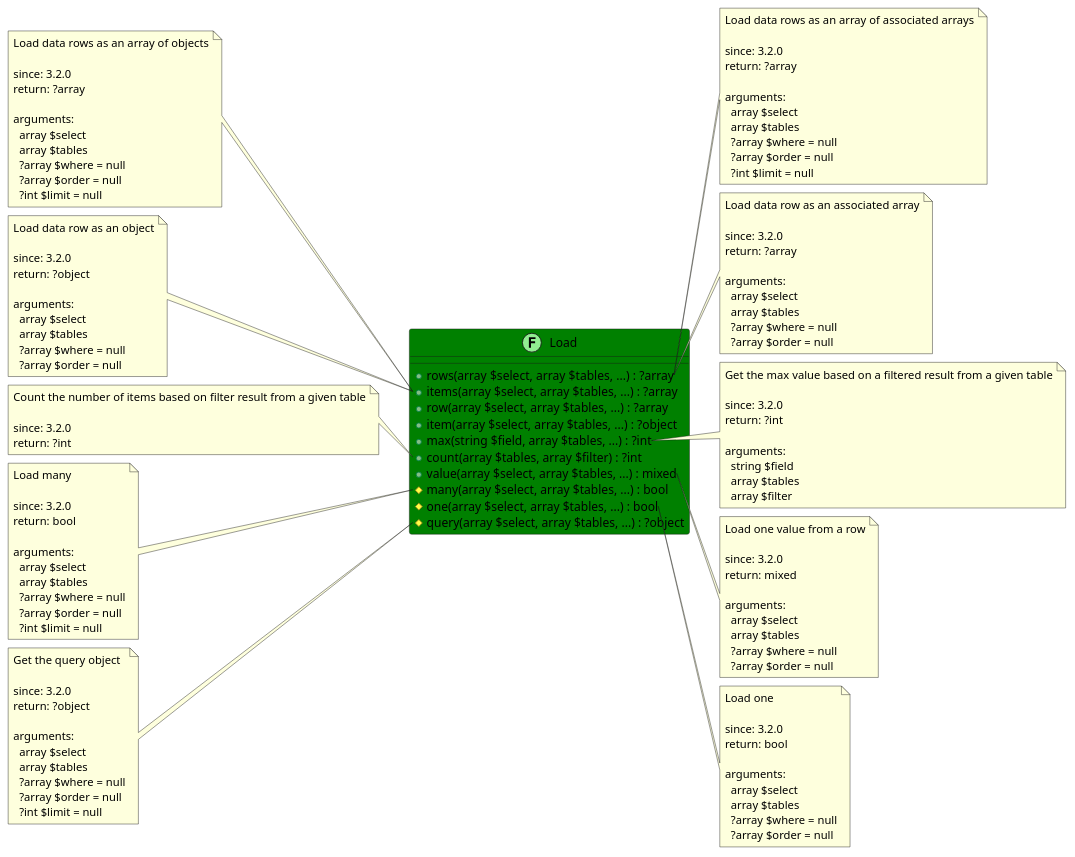
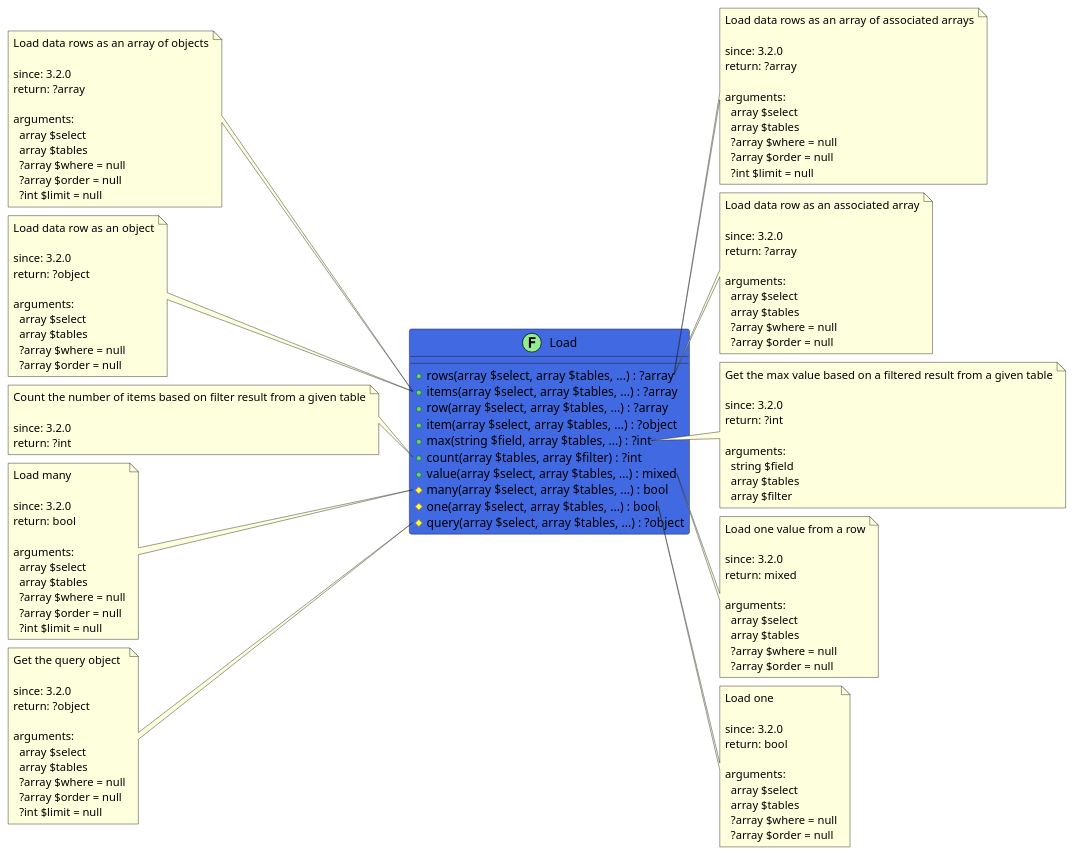
Before and after one commit to joomengine/super-powers: the diagram in src/06f8eada-d59b-441c-b287-0aea1793da5a/README.md, drawn with PlantUML. The commit also changed other lines of this file and 75 other files, not shown here.

````diff
--- a/src/06f8eada-d59b-441c-b287-0aea1793da5a/README.md
+++ b/src/06f8eada-d59b-441c-b287-0aea1793da5a/README.md
@@ -11,6 +12,6 @@
 ```uml
 @startuml
-class Load << (F,LightGreen) >> #Green {
+class Load << (F,LightGreen) >> #RoyalBlue {
   + rows(array $select, array $tables, ...) : ?array
   + items(array $select, array $tables, ...) : ?array
   + row(array $select, array $tables, ...) : ?array
````
